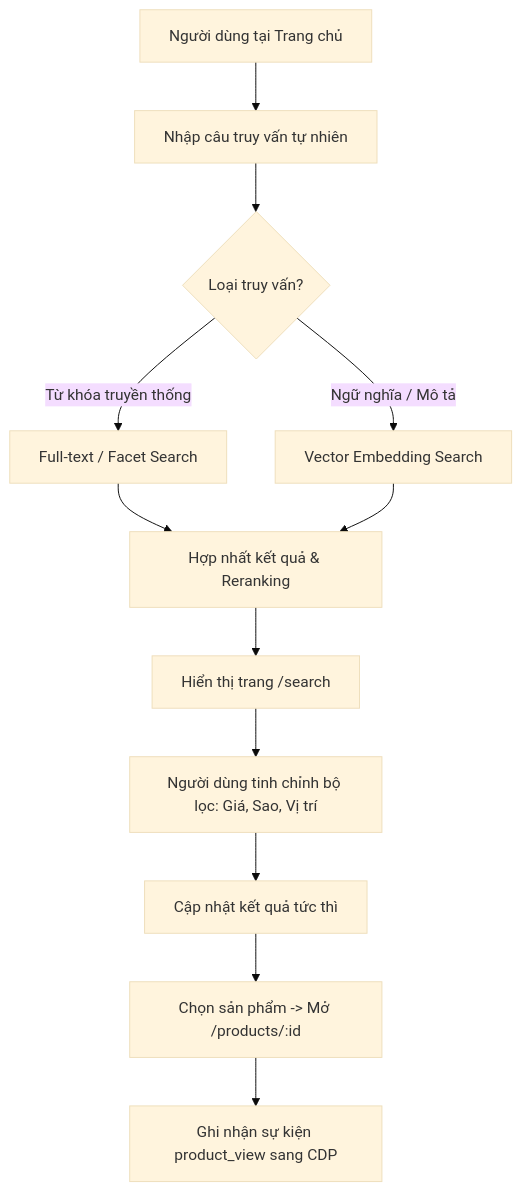
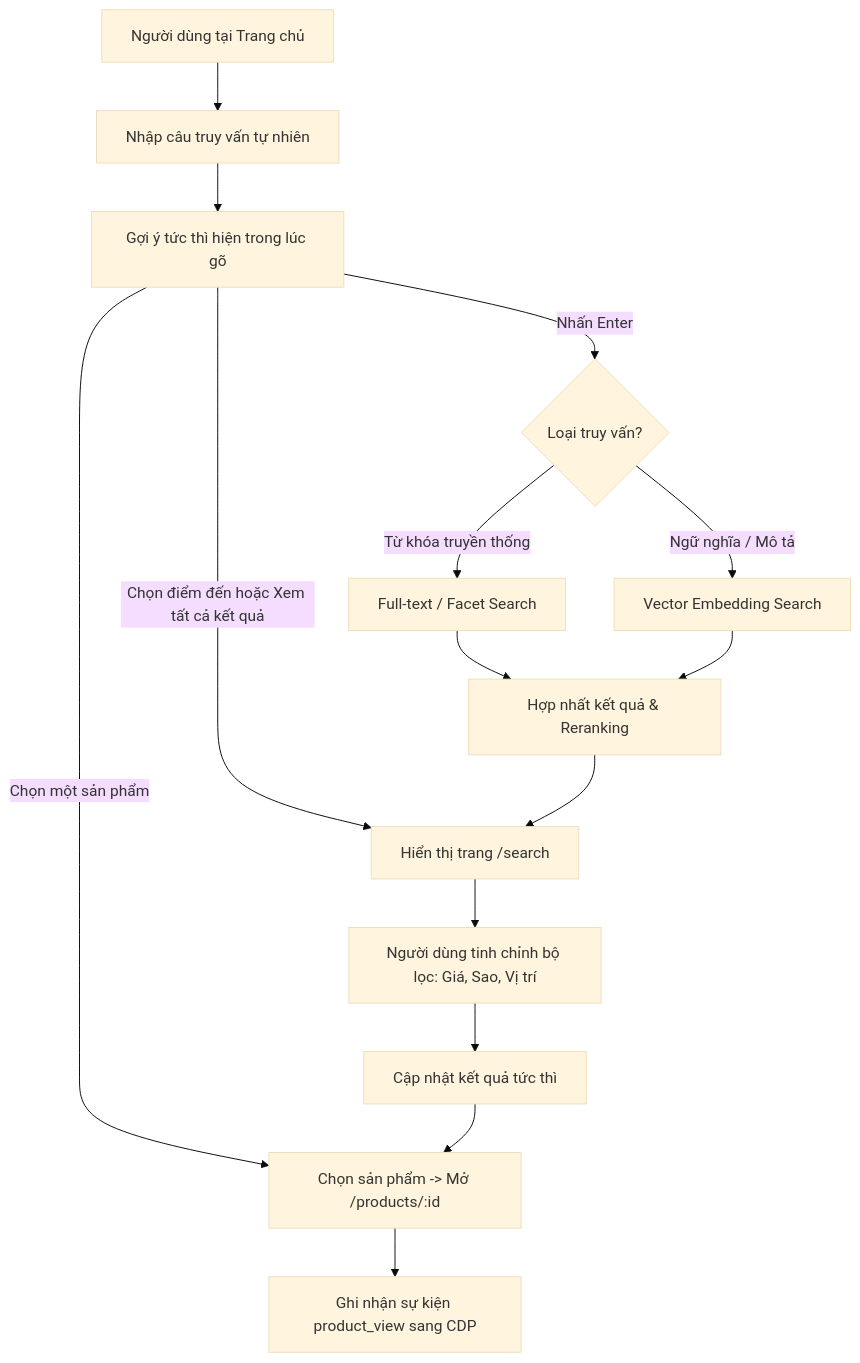
One commit to NguyenNhat4/Travel-Recommend-System changed the first of 3 diagrams in docs/prd/user-flow.md. Above: the diagram before and after it, drawn with Mermaid (base theme). The commit also changed other lines of this file and 40 other files, not shown here.

First line of the commit message:
feat(search): gợi ý tức thì khi gõ ở ô tìm kiếm (FR-SRC-05)

````diff
--- a/docs/prd/user-flow.md
+++ b/docs/prd/user-flow.md
@@ -50,14 +50,17 @@
 ```mermaid
 flowchart TD
     A[Người dùng tại Trang chủ] --> B[Nhập câu truy vấn tự nhiên]
-    B --> C{Loại truy vấn?}
+    B --> S[Gợi ý tức thì hiện trong lúc gõ]
+    S -->|Chọn một sản phẩm| J
+    S -->|Chọn điểm đến hoặc Xem tất cả kết quả| G
+    S -->|Nhấn Enter| C{Loại truy vấn?}
     C -->|Từ khóa truyền thống| D[Full-text / Facet Search]
     C -->|Ngữ nghĩa / Mô tả| E[Vector Embedding Search]
     D --> F[Hợp nhất kết quả & Reranking]
     E --> F
     F --> G[Hiển thị trang /search]
     G --> H[Người dùng tinh chỉnh bộ lọc: Giá, Sao, Vị trí]
     H --> I[Cập nhật kết quả tức thì]
     I --> J[Chọn sản phẩm -> Mở /products/:id]
     J --> K[Ghi nhận sự kiện product_view sang CDP]
 ```
````
